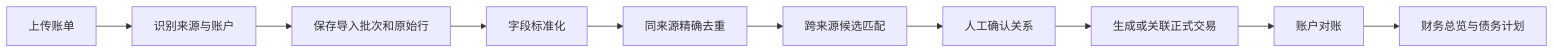
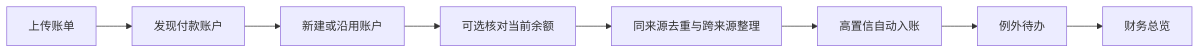
The first of 2 diagrams in docs/个人财务业务规则与验收.md (gaohongxiang/catledger), drawn with Mermaid before and after one commit. The commit also changed other lines of this file and 2 other files, not shown here.

```diff
--- a/docs/个人财务业务规则与验收.md
+++ b/docs/个人财务业务规则与验收.md
@@ -134,12 +148,10 @@
 ~~~mermaid
 flowchart LR
-    A["上传账单"] --> B["识别来源与账户"]
-    B --> C["保存导入批次和原始行"]
-    C --> D["字段标准化"]
-    D --> E["同来源精确去重"]
-    E --> F["跨来源候选匹配"]
-    F --> G["人工确认关系"]
-    G --> H["生成或关联正式交易"]
-    H --> I["账户对账"]
-    I --> J["财务总览与债务计划"]
+    A["上传账单"] --> B["发现付款账户"]
+    B --> C["新建或沿用账户"]
+    C --> D["可选核对当前余额"]
+    D --> E["同来源去重与跨来源整理"]
+    E --> F["高置信自动入账"]
+    F --> G["例外待办"]
+    G --> H["财务总览"]
 ~~~
```
